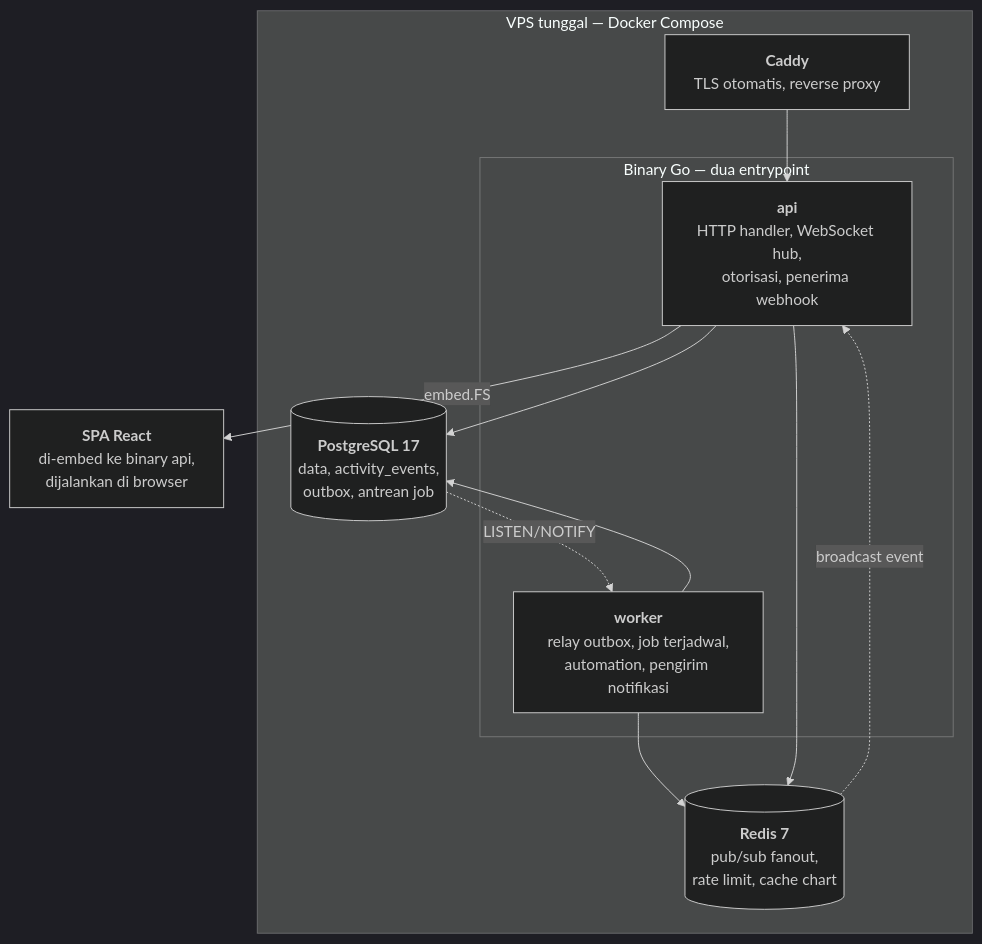
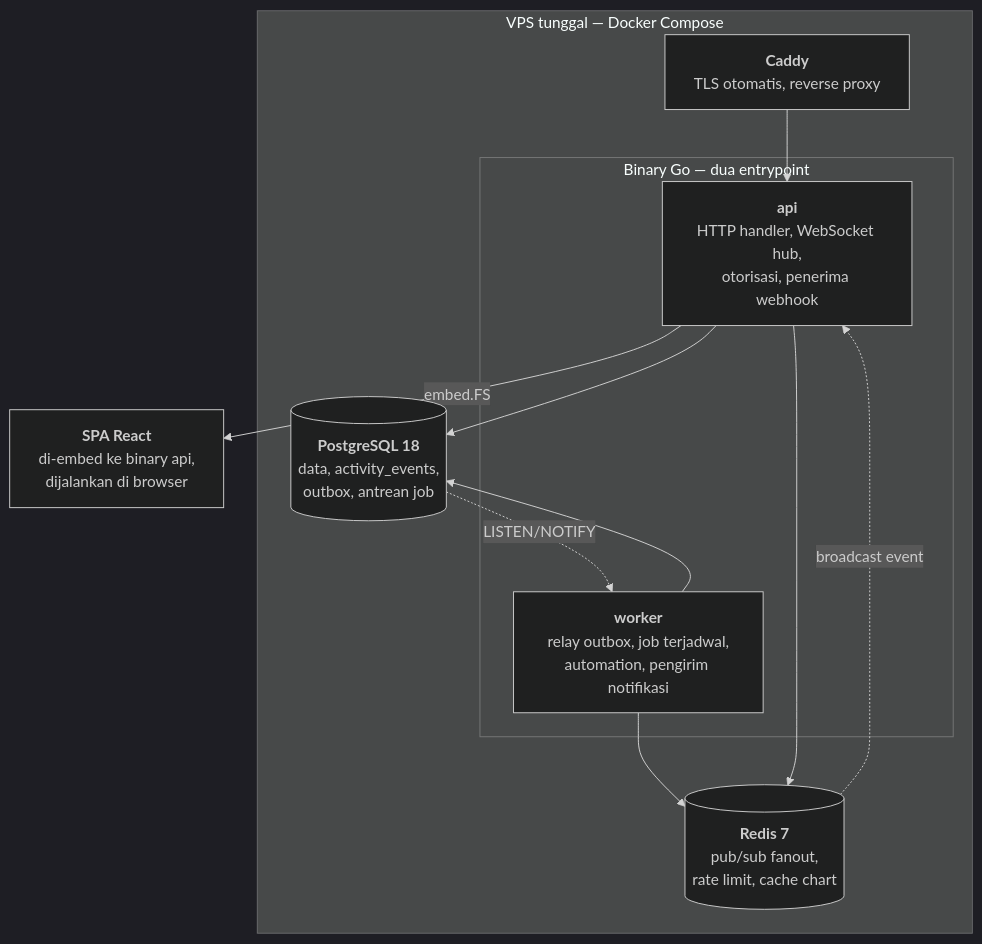
One commit to ragbuaj/project-management changed the second of 3 diagrams in docs/architecture.md. Above: the diagram before and after it, drawn with Mermaid (dark theme). The commit also changed other lines of this file and 7 other files, not shown here.

````diff
--- a/docs/architecture.md
+++ b/docs/architecture.md
@@ -41,25 +41,25 @@
 ```mermaid
 graph TB
     subgraph vps["VPS tunggal — Docker Compose"]
         caddy["<b>Caddy</b><br/>TLS otomatis, reverse proxy"]
 
         subgraph gobin["Binary Go — dua entrypoint"]
             api["<b>api</b><br/>HTTP handler, WebSocket hub,<br/>otorisasi, penerima webhook"]
             worker["<b>worker</b><br/>relay outbox, job terjadwal,<br/>automation, pengirim notifikasi"]
         end
 
-        pg[("<b>PostgreSQL 17</b><br/>data, activity_events,<br/>outbox, antrean job")]
+        pg[("<b>PostgreSQL 18</b><br/>data, activity_events,<br/>outbox, antrean job")]
         redis[("<b>Redis 7</b><br/>pub/sub fanout,<br/>rate limit, cache chart")]
     end
 
     spa["<b>SPA React</b><br/>di-embed ke binary api,<br/>dijalankan di browser"]
 
     caddy --> api
     api -->|"embed.FS"| spa
     api --> pg
     api --> redis
     worker --> pg
     worker --> redis
     redis -.->|"broadcast event"| api
     pg -.->|"LISTEN/NOTIFY"| worker
 ```
````
